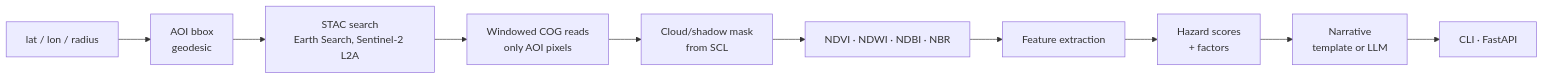
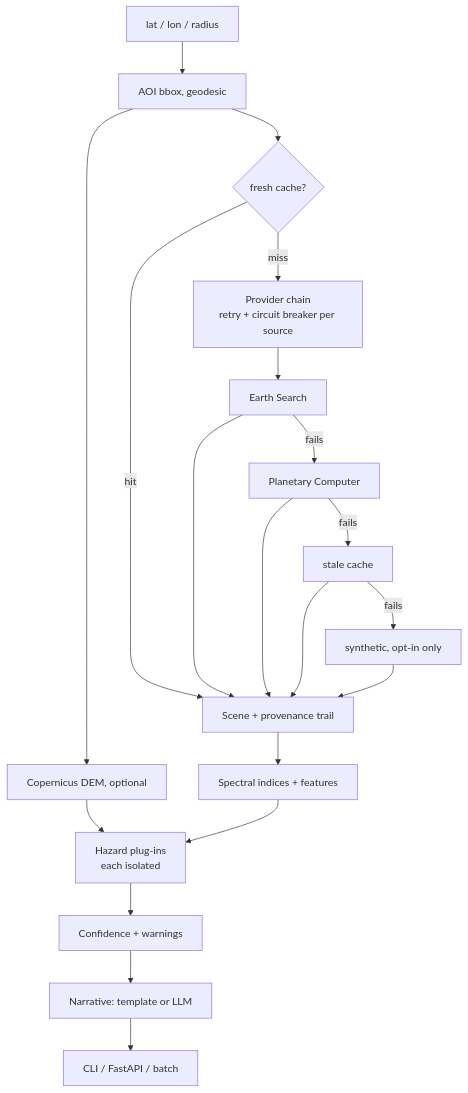
One commit to shaikn6/georisk-agent changed the diagram in README.md. Above: the diagram before and after it, drawn with Mermaid. The commit also changed other lines of this file and 34 other files, not shown here.

First line of the commit message:
feat: resilient architecture with failover providers, terrain, isolated hazards and confidence (#1)

````diff
--- a/README.md
+++ b/README.md
@@ -10,12 +10,19 @@
 ```mermaid
-flowchart LR
-    A[lat / lon / radius] --> B[AOI bbox<br/>geodesic]
-    B --> C[STAC search<br/>Earth Search, Sentinel-2 L2A]
-    C --> D[Windowed COG reads<br/>only AOI pixels]
-    D --> E[Cloud/shadow mask<br/>from SCL]
-    E --> F[NDVI · NDWI · NDBI · NBR]
-    F --> G[Feature extraction]
-    G --> H[Hazard scores<br/>+ factors]
-    H --> I[Narrative<br/>template or LLM]
-    I --> J[CLI · FastAPI]
+flowchart TD
+    A[lat / lon / radius] --> B[AOI bbox, geodesic]
+    B --> C{fresh cache?}
+    C -- hit --> F
+    C -- miss --> D[Provider chain<br/>retry + circuit breaker per source]
+    D --> D1[Earth Search]
+    D1 -- fails --> D2[Planetary Computer]
+    D2 -- fails --> D3[stale cache]
+    D3 -- fails --> D4[synthetic, opt-in only]
+    D1 & D2 & D3 & D4 --> F[Scene + provenance trail]
+    B --> T[Copernicus DEM, optional]
+    F --> G[Spectral indices + features]
+    T --> H
+    G --> H[Hazard plug-ins<br/>each isolated]
+    H --> I[Confidence + warnings]
+    I --> J[Narrative: template or LLM]
+    J --> K[CLI / FastAPI / batch]
 ```
````
